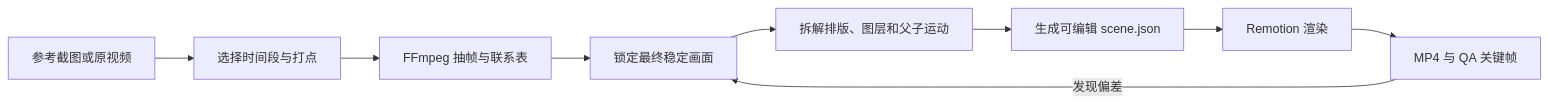
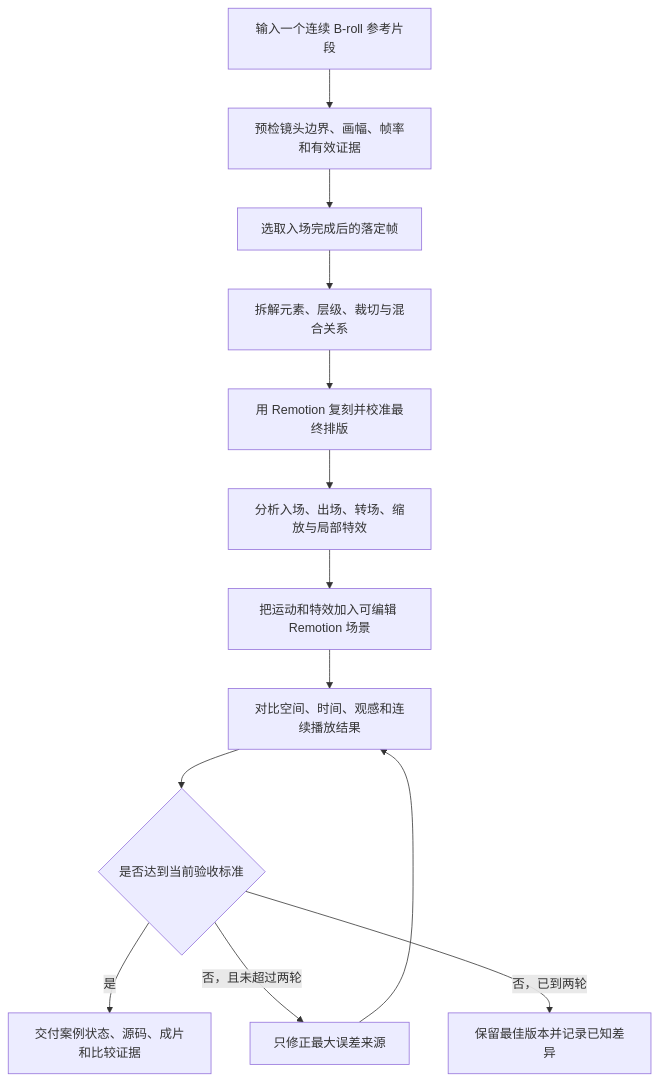
One commit to liaojianquan9-source/ljq-broll-video-generator changed the diagram in README.md. Above: the diagram before and after it, drawn with Mermaid. The commit also changed other lines of this file and 39 other files, not shown here.

````diff
--- a/README.md
+++ b/README.md
@@ -11,11 +11,15 @@
 ```mermaid
-flowchart LR
-    A[参考截图或原视频] --> B[选择时间段与打点]
-    B --> C[FFmpeg 抽帧与联系表]
-    C --> D[锁定最终稳定画面]
-    D --> E[拆解排版、图层和父子运动]
-    E --> F[生成可编辑 scene.json]
-    F --> G[Remotion 渲染]
-    G --> H[MP4 与 QA 关键帧]
-    H -->|发现偏差| D
+flowchart TD
+    A[输入一个连续 B-roll 参考片段] --> B[预检镜头边界、画幅、帧率和有效证据]
+    B --> C[选取入场完成后的落定帧]
+    C --> D[拆解元素、层级、裁切与混合关系]
+    D --> E[用 Remotion 复刻并校准最终排版]
+    E --> F[分析入场、出场、转场、缩放与局部特效]
+    F --> G[把运动和特效加入可编辑 Remotion 场景]
+    G --> H[对比空间、时间、观感和连续播放结果]
+    H --> I{是否达到当前验收标准}
+    I -->|是| J[交付案例状态、源码、成片和比较证据]
+    I -->|否，且未超过两轮| K[只修正最大误差来源]
+    K --> H
+    I -->|否，已到两轮| L[保留最佳版本并记录已知差异]
 ```
````
